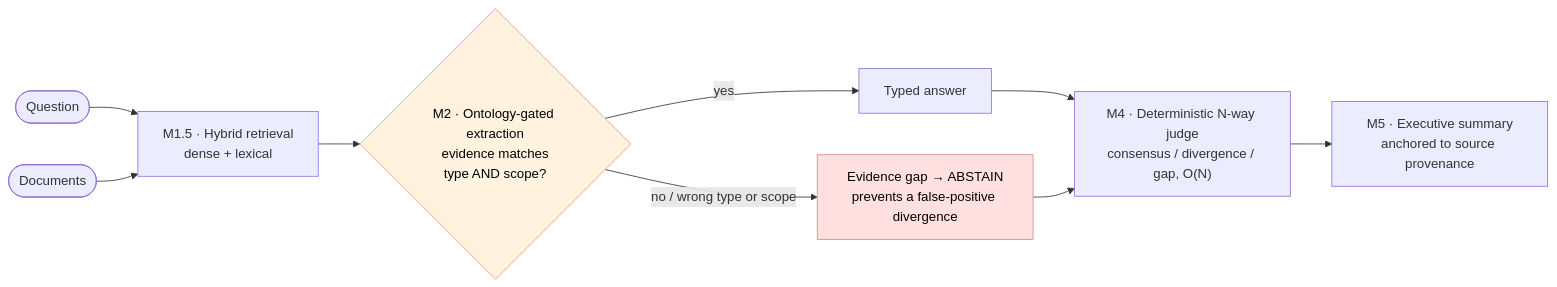
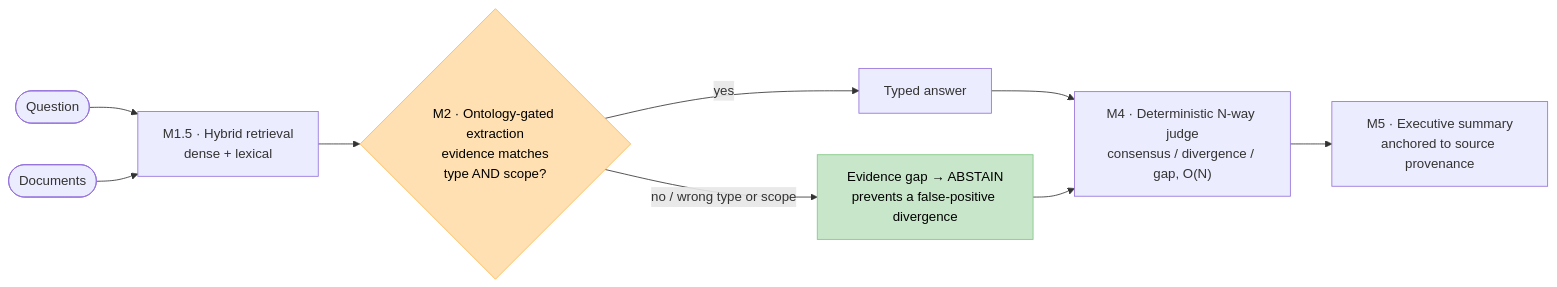
The third of 3 diagrams in README.md (marcospaula/FLARE26-P1), drawn with Mermaid before and after one commit. The commit also changed other lines of this file, not shown here.

````diff
--- a/README.md
+++ b/README.md
@@ -118,16 +118,16 @@
 ```mermaid
 flowchart LR
     Q([Question]) --> M15
     DOCS([Documents]) --> M15["M1.5 · Hybrid retrieval<br/>dense + lexical"]
     M15 --> M2{"M2 · Ontology-gated extraction<br/>evidence matches<br/>type AND scope?"}
     M2 -- yes --> ANS["Typed answer"]
     M2 -- "no / wrong type or scope" --> GAP["Evidence gap → ABSTAIN<br/>prevents a false-positive divergence"]
     ANS --> M4["M4 · Deterministic N-way judge<br/>consensus / divergence / gap, O(N)"]
     GAP --> M4
     M4 --> M5["M5 · Executive summary<br/>anchored to source provenance"]
 
-    classDef gate fill:#fff3e0,stroke:#e0a96d,color:#000;
-    classDef abstain fill:#ffe0e0,stroke:#d98a8a,color:#000;
+    classDef gate fill:#ffe0b2,stroke:#ffb74d,color:#000;
+    classDef abstain fill:#c8e6c9,stroke:#81c784,color:#000;
     class M2 gate;
     class GAP abstain;
 ```
````
